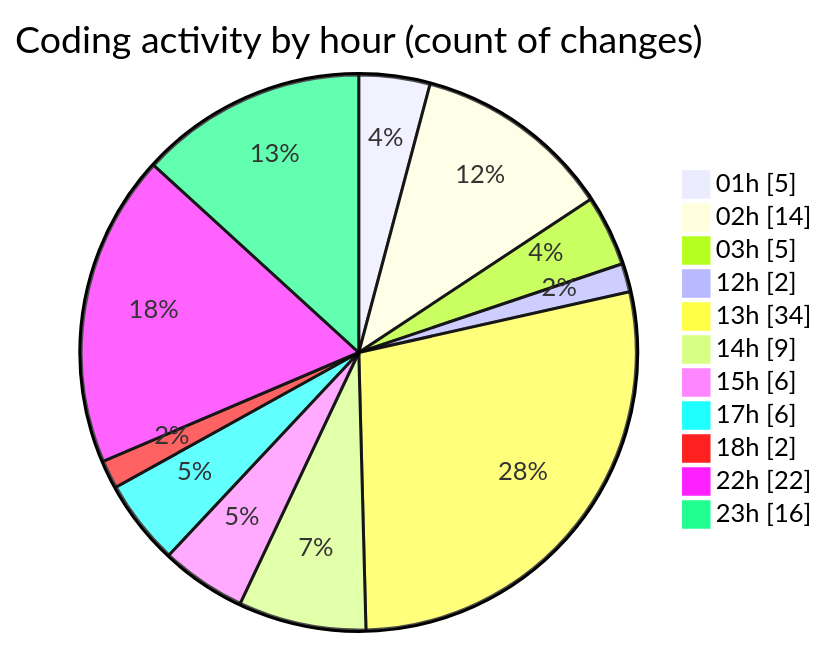
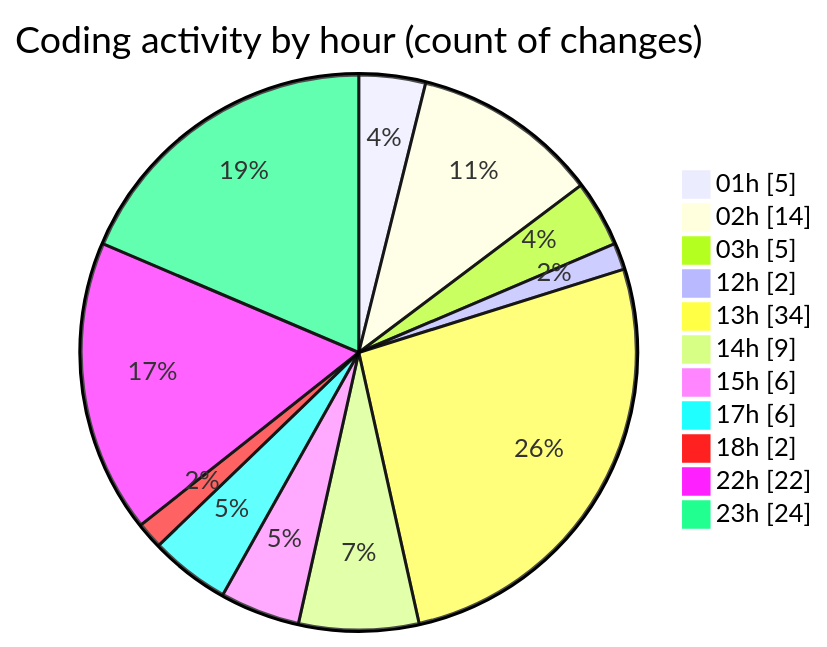
The second of 2 diagrams in 2025-10-23/eventscop-frontend-guide__workspace_/README.md (julien-gomy/code-tracking), drawn with Mermaid before and after one commit. The commit also changed other lines of this file and 1 other file, not shown here.

````diff
--- a/2025-10-23/eventscop-frontend-guide__workspace_/README.md
+++ b/2025-10-23/eventscop-frontend-guide__workspace_/README.md
@@ -52,15 +52,15 @@
 ```mermaid
 pie showData
 title Coding activity by hour (count of changes)
 "01h" : 5
 "02h" : 14
 "03h" : 5
 "12h" : 2
 "13h" : 34
 "14h" : 9
 "15h" : 6
 "17h" : 6
 "18h" : 2
 "22h" : 22
-"23h" : 16
+"23h" : 24
 ```
````
